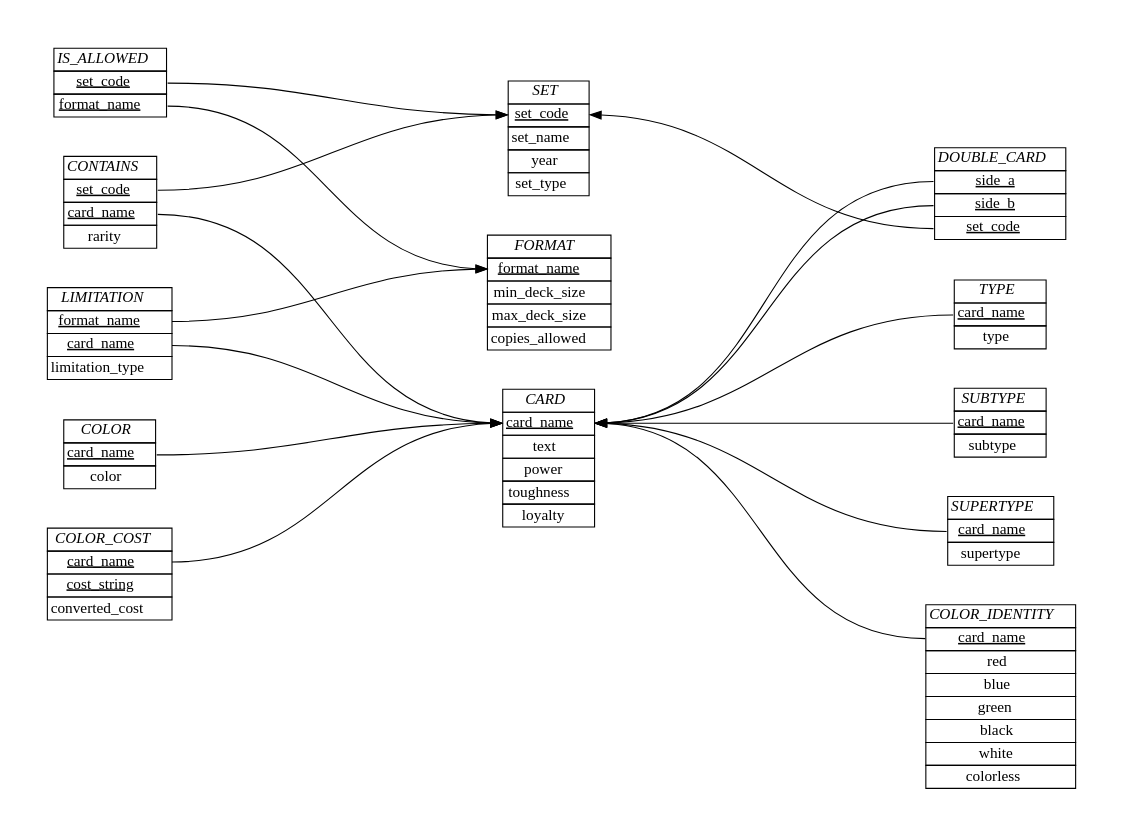
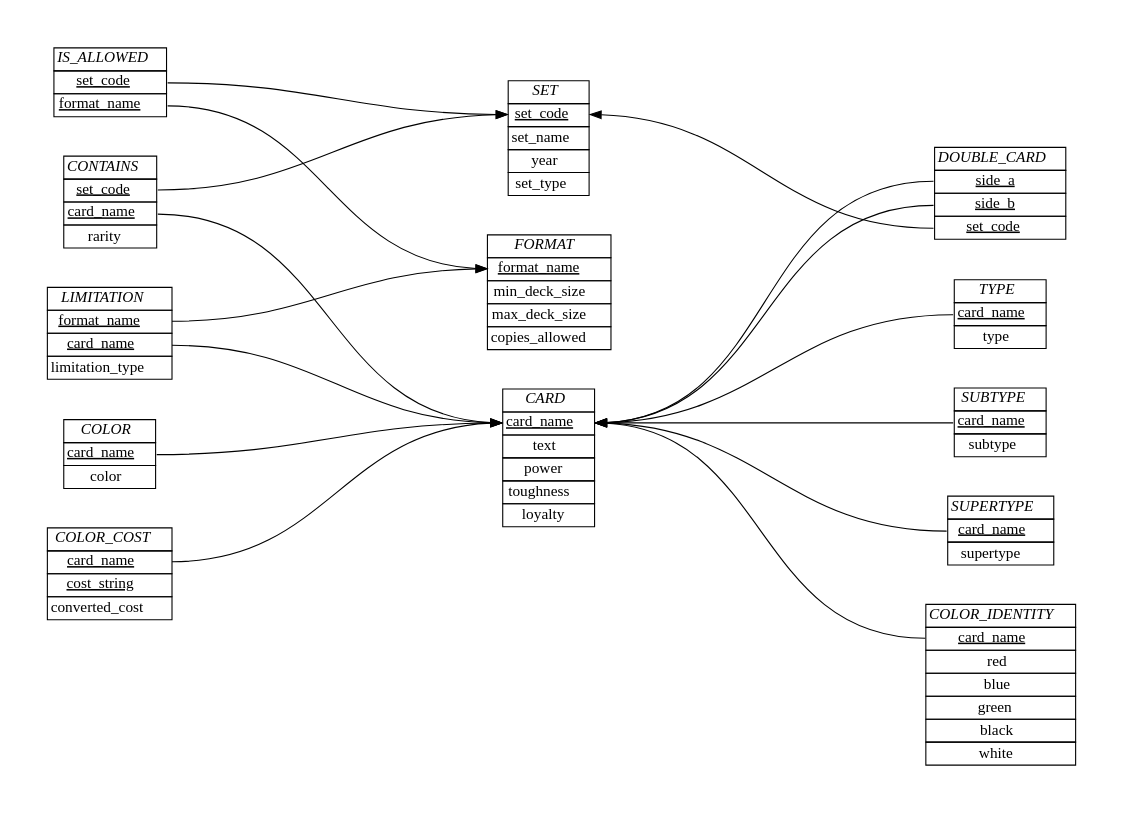
The diagram in schema/ER_diagram.dot (akilmarshall/trumark), drawn with Graphviz before and after one commit. The commit also changed 3 other files, not shown here.

```diff
--- a/schema/ER_diagram.dot
+++ b/schema/ER_diagram.dot
@@ -1,139 +1,138 @@
 digraph {
     graph [splines=true, pad="0.5", nodesep="0.5", ranksep="4"];
     node [shape=plain];
     rankdir=LR; 
 
     Format [label=<
         <table border="0" cellborder="1" cellspacing="0">
         <tr><td><i>FORMAT</i></td></tr>
         <tr><td port="1"><u>format_name</u></td></tr>
         <tr><td port="2">min_deck_size</td></tr>
         <tr><td port="3">max_deck_size</td></tr>
         <tr><td port="4">copies_allowed</td></tr>
         </table>>];
 
     Set [label=<
         <table border="0" cellborder="1" cellspacing="0">
         <tr><td><i>SET</i></td></tr>
         <tr><td port="1"><u><font color="black">set_code</font></u></td></tr>
         <tr><td port="2"><font color="black">set_name</font></td></tr>
         <tr><td port="3">year</td></tr>
         <tr><td port="4">set_type</td></tr>
         </table>>];
 
     Card [label=<
         <table border="0" cellborder="1" cellspacing="0">
         <tr><td><i>CARD</i></td></tr>
         <tr><td port="1"><u><font color="black">card_name</font></u></td></tr>
         <tr><td port="2">text</td></tr>
         <tr><td port="3">power</td></tr>
         <tr><td port="4">toughness</td></tr>
         <tr><td port="5">loyalty</td></tr>
         </table>>];
 
     Contains [label=<
         <table border="0" cellborder="1" cellspacing="0">
         <tr><td><i>CONTAINS</i></td></tr>
         <tr><td port="1"><u>set_code</u></td></tr>
         <tr><td port="2"><u>card_name</u></td></tr>
         <tr><td port="3">rarity</td></tr>
         </table>>];
 
     Is_allowed [label=<
         <table border="0" cellborder="1" cellspacing="0">
         <tr><td><i>IS_ALLOWED</i></td></tr>
         <tr><td port="1"><u>set_code</u></td></tr>
         <tr><td port="2"><u>format_name</u></td></tr>
         </table>>];
 
     Double_card [label=<
         <table border="0" cellborder="1" cellspacing="0">
         <tr><td><i>DOUBLE_CARD</i></td></tr>
         <tr><td port="1"><u>side_a</u></td></tr>
         <tr><td port="2"><u>side_b</u></td></tr>
         <tr><td port="3"><u>set_code</u></td></tr>
         </table>>];
 
     Limitation [label=< <table border="0" cellborder="1" cellspacing="0">
     <tr><td><i>LIMITATION</i></td></tr>
     <tr><td port="1"><u>format_name</u></td></tr>
     <tr><td port="2"><u>card_name</u></td></tr>
     <tr><td port="3">limitation_type</td></tr>
     </table>>];
 
     Type [label=<
         <table border="0" cellborder="1" cellspacing="0">
         <tr><td><i>TYPE</i></td></tr>
         <tr><td port="1"><u>card_name</u></td></tr>
         <tr><td port="2">type</td></tr>
         </table>>];
 
     Subtype [label=<
         <table border="0" cellborder="1" cellspacing="0">
         <tr><td><i>SUBTYPE</i></td></tr>
         <tr><td port="1"><u>card_name</u></td></tr>
         <tr><td port="2">subtype</td></tr>
         </table>>];
 
     Supertype [label=<
         <table border="0" cellborder="1" cellspacing="0">
         <tr><td><i>SUPERTYPE</i></td></tr>
         <tr><td port="1"><u>card_name</u></td></tr>
         <tr><td port="2">supertype</td></tr>
         </table>>];
 
     Color_identity [label=<
         <table border="0" cellborder="1" cellspacing="0">
         <tr><td><i>COLOR_IDENTITY</i></td></tr>
         <tr><td port="1"><u>card_name</u></td></tr>
         <tr><td port="2">red</td></tr>
         <tr><td port="3">blue</td></tr>
         <tr><td port="4">green</td></tr>
         <tr><td port="5">black</td></tr>
         <tr><td port="6">white</td></tr>
-        <tr><td port="7">colorless</td></tr>
         </table>>];
 
     Color_cost [label=<
         <table border="0" cellborder="1" cellspacing="0">
         <tr><td><i>COLOR_COST</i></td></tr>
         <tr><td port="1"><u>card_name</u></td></tr>
         <tr><td port="2"><u>cost_string</u></td></tr>
         <tr><td port="9">converted_cost</td></tr>
         </table>>];
 
     Color [label=<
         <table border="0" cellborder="1" cellspacing="0">
         <tr><td><i>COLOR</i></td></tr>
         <tr><td port="1"><u>card_name</u></td></tr>
         <tr><td port="2">color</td></tr>
         </table>>];
 
     Is_allowed:1 -> Set:1 [color=black];
     Is_allowed:2 -> Format:1;
 
     Contains:1 -> Set:1 [color=black];
     Contains:2 -> Card:1;
 
     Limitation:1 -> Format:1;
     Limitation:2 -> Card:1;
 
     Color:1 -> Card:1;
 
     Color_cost:1 -> Card:1;
 
     edge [dir="back"];
 
     Card:1 -> Double_card:1;
     Card:1 -> Double_card:2;
     Set:1 -> Double_card:3;
 
 
     Card:1 -> Subtype:1;
 
     Card:1 -> Type:1;
 
     Card:1 -> Supertype:1 ;
 
     Card:1 -> Color_identity:1;
 }
```
